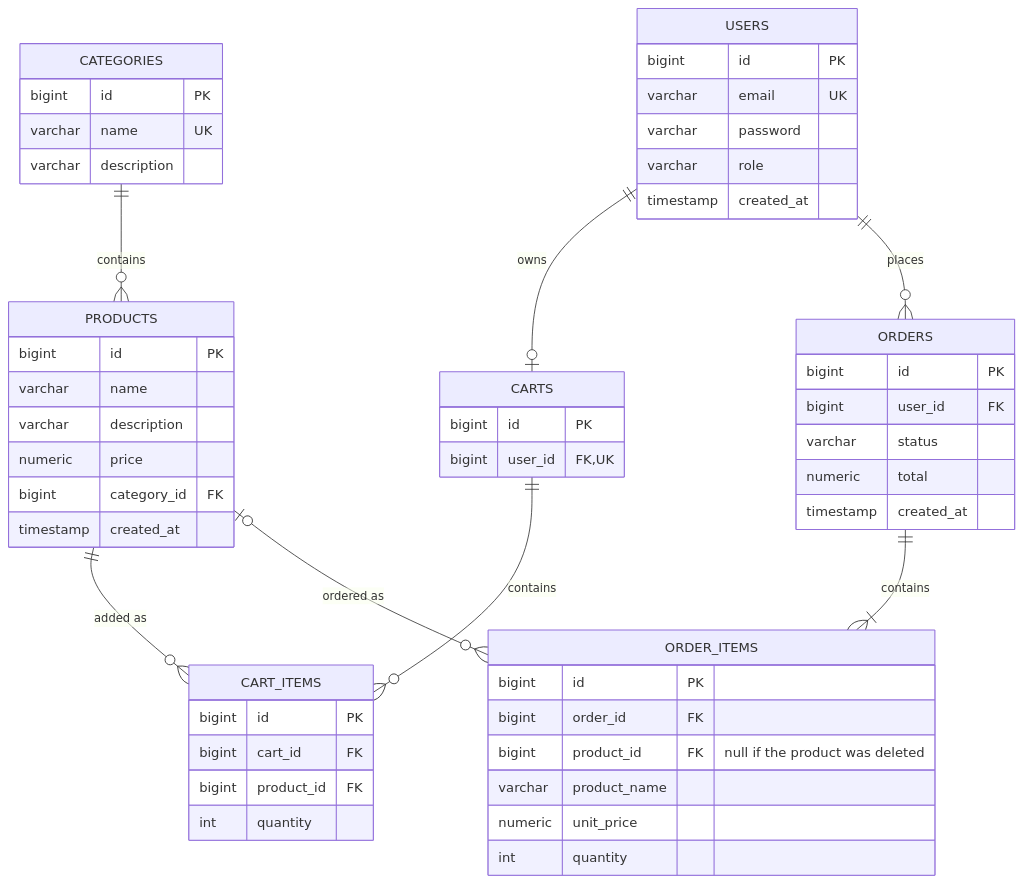
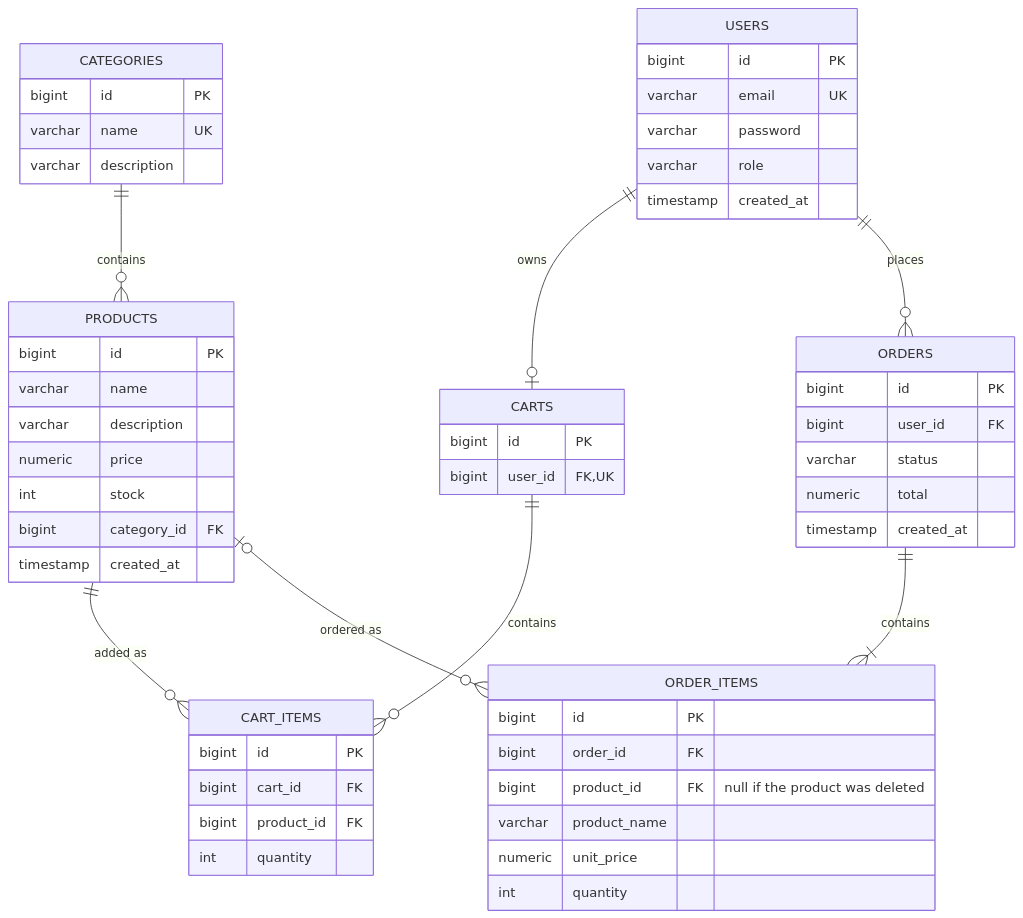
Before and after one commit to monssefbaakka/ecommerce-microservices: the diagram in README.md, drawn with Mermaid. The commit also changed other lines of this file and 1 other file, not shown here.

Commit message:
docs(stock): document product stock and stock errors

````diff
--- a/README.md
+++ b/README.md
@@ -250,55 +260,56 @@
 ```mermaid
 erDiagram
     CATEGORIES ||--o{ PRODUCTS : contains
     USERS ||--o| CARTS : owns
     CARTS ||--o{ CART_ITEMS : contains
     PRODUCTS ||--o{ CART_ITEMS : "added as"
     USERS ||--o{ ORDERS : places
     ORDERS ||--|{ ORDER_ITEMS : contains
     PRODUCTS |o--o{ ORDER_ITEMS : "ordered as"
     CATEGORIES {
         bigint id PK
         varchar name UK
         varchar description
     }
     PRODUCTS {
         bigint id PK
         varchar name
         varchar description
         numeric price
+        int stock
         bigint category_id FK
         timestamp created_at
     }
     USERS {
         bigint id PK
         varchar email UK
         varchar password
         varchar role
         timestamp created_at
     }
     CARTS {
         bigint id PK
         bigint user_id FK,UK
     }
     CART_ITEMS {
         bigint id PK
         bigint cart_id FK
         bigint product_id FK
         int quantity
     }
     ORDERS {
         bigint id PK
         bigint user_id FK
         varchar status
         numeric total
         timestamp created_at
     }
     ORDER_ITEMS {
         bigint id PK
         bigint order_id FK
         bigint product_id FK "null if the product was deleted"
         varchar product_name
         numeric unit_price
         int quantity
     }
 ```
````
